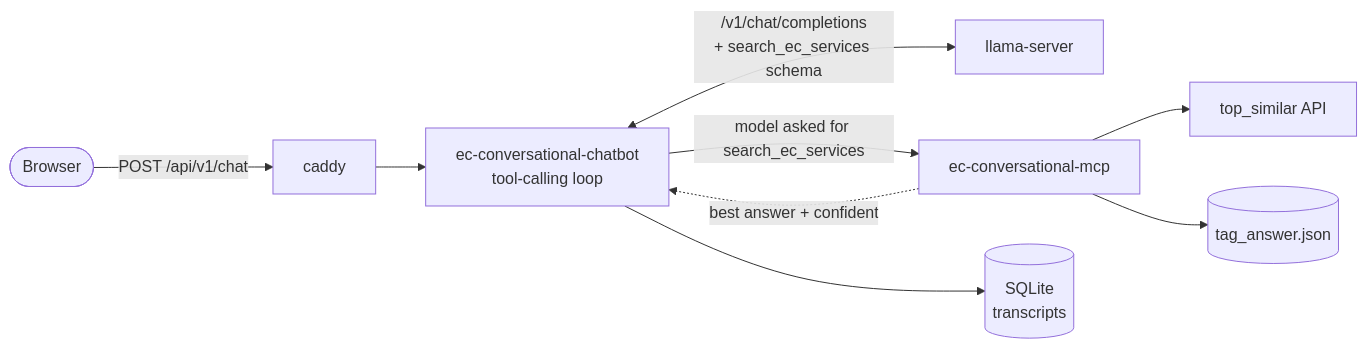
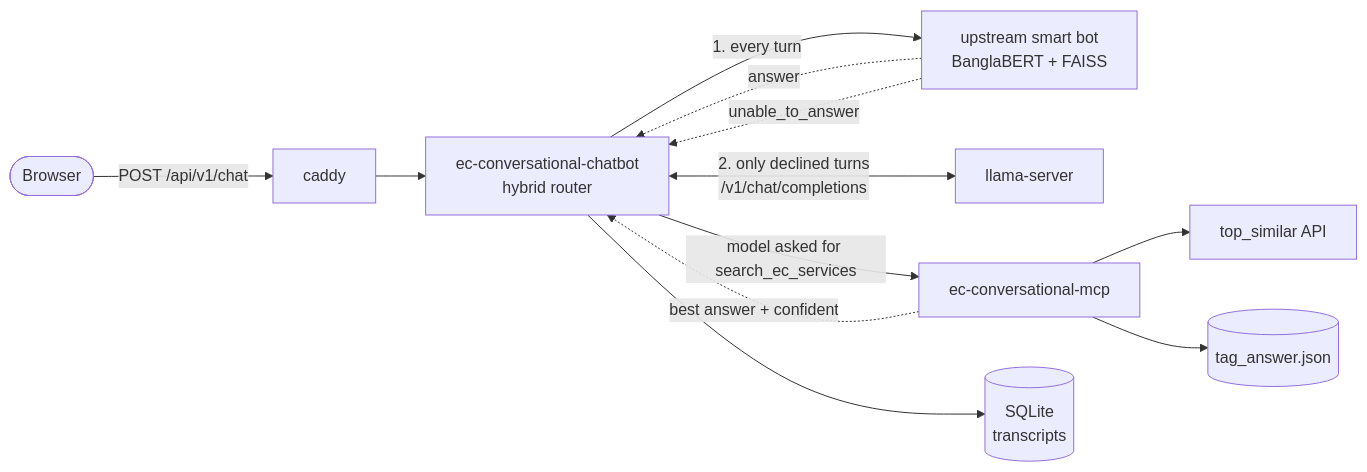
The diagram in README.md (sayed-shaun/ec-conversational-chatbot), drawn with Mermaid before and after one commit. The commit also changed other lines of this file and 9 other files, not shown here.

````diff
--- a/README.md
+++ b/README.md
@@ -63,11 +69,14 @@
 ```mermaid
 flowchart LR
     B([Browser]) -->|"POST /api/v1/chat"| CADDY["caddy"]
-    CADDY --> BOT["ec-conversational-chatbot<br/>tool-calling loop"]
-    BOT <-->|"/v1/chat/completions<br/>+ search_ec_services schema"| LLM["llama-server"]
+    CADDY --> BOT["ec-conversational-chatbot<br/>hybrid router"]
+    BOT -->|"1. every turn"| SMART["upstream smart bot<br/>BanglaBERT + FAISS"]
+    SMART -.->|"answer"| BOT
+    SMART -.->|"unable_to_answer"| BOT
+    BOT <-->|"2. only declined turns<br/>/v1/chat/completions"| LLM["llama-server"]
     BOT -->|"model asked for search_ec_services"| MCP["ec-conversational-mcp"]
     MCP --> SIM["top_similar API"]
     MCP --> TAG[("tag_answer.json")]
     MCP -.->|"best answer + confident"| BOT
     BOT --> DB[("SQLite<br/>transcripts")]
 ```
````
